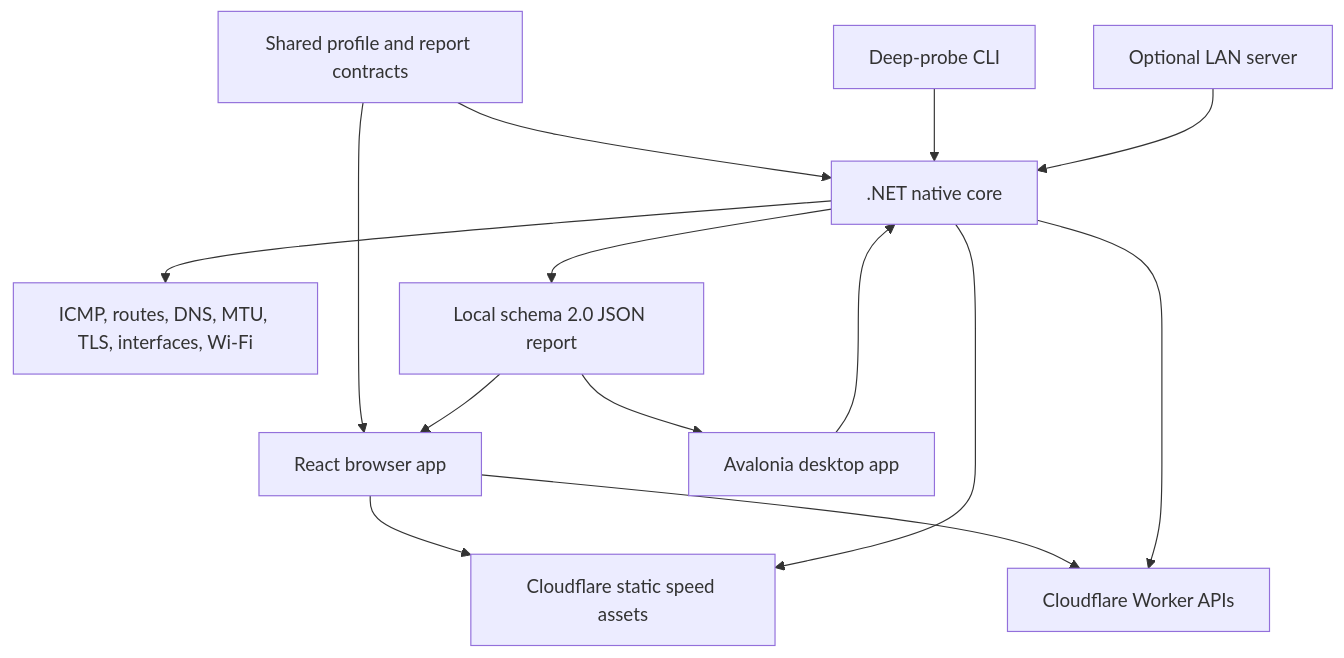
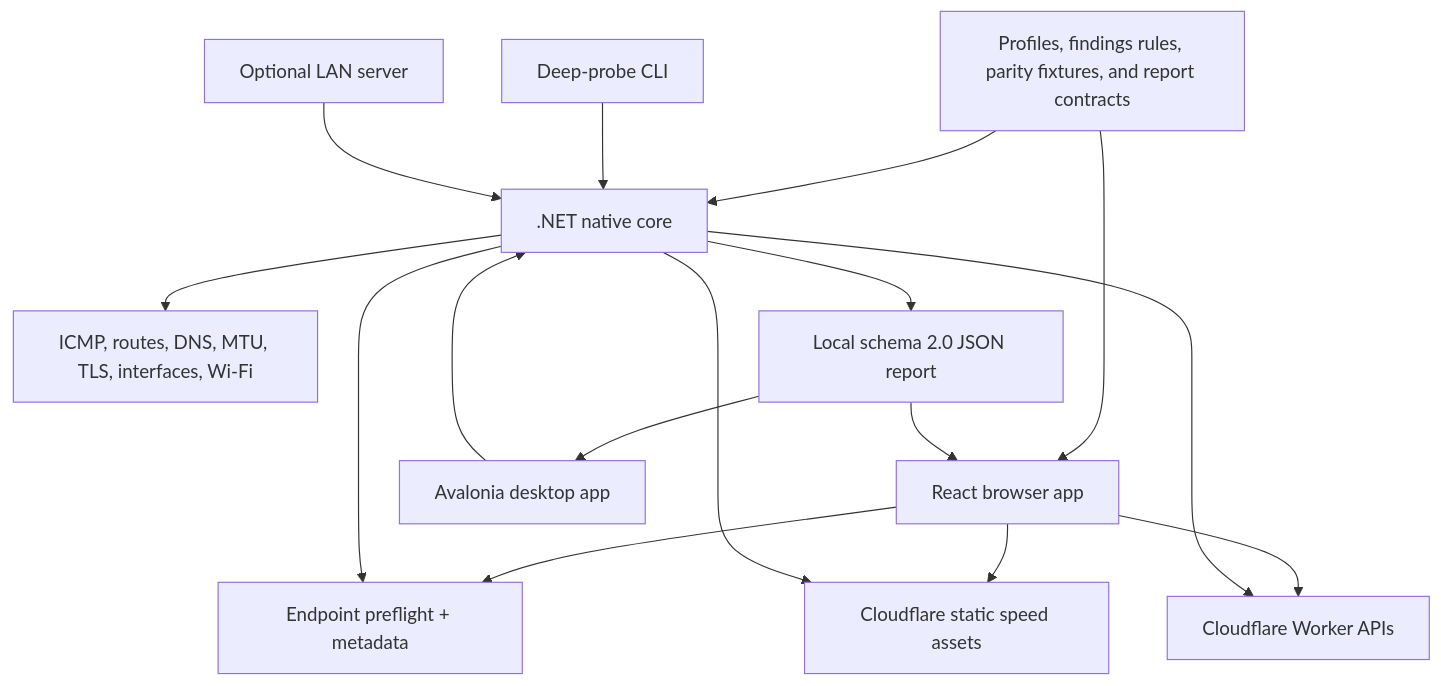
Before and after one commit to JohnnyZLi/Network-Diagnostics-Suite: the diagram in README.md, drawn with Mermaid. The commit also changed other lines of this file, not shown here.

````diff
--- a/README.md
+++ b/README.md
@@ -57,16 +85,18 @@
 ```mermaid
 flowchart TD
-    Contract["Shared profile and report contracts"] --> Browser["React browser app"]
+    Contract["Profiles, findings rules, parity fixtures, and report contracts"] --> Browser["React browser app"]
     Contract --> Core[".NET native core"]
+    Browser --> Preflight["Endpoint preflight + metadata"]
     Browser --> Assets["Cloudflare static speed assets"]
     Browser --> Worker["Cloudflare Worker APIs"]
     Desktop["Avalonia desktop app"] --> Core
     CLI["Deep-probe CLI"] --> Core
+    Core --> Preflight
     Core --> Assets
     Core --> Worker
     Core --> OS["ICMP, routes, DNS, MTU, TLS, interfaces, Wi-Fi"]
     LanServer["Optional LAN server"] --> Core
     Core --> Report["Local schema 2.0 JSON report"]
     Report --> Desktop
     Report --> Browser
 ```
````
